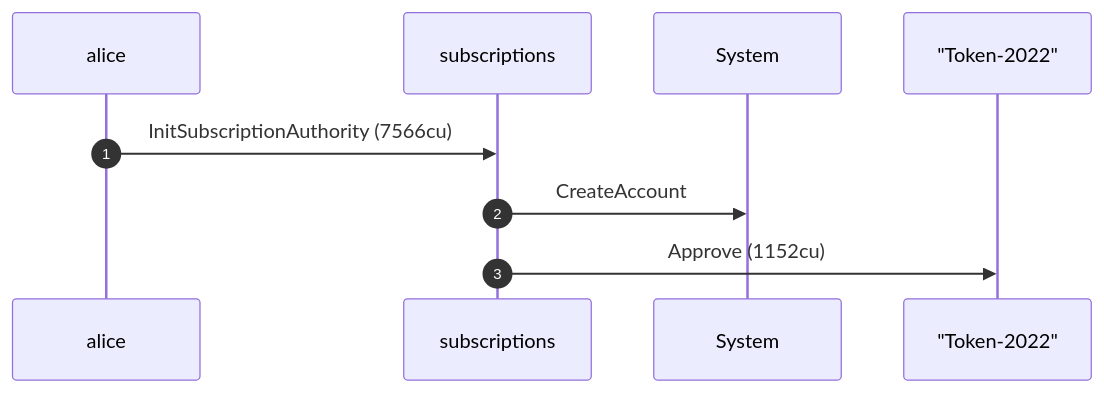
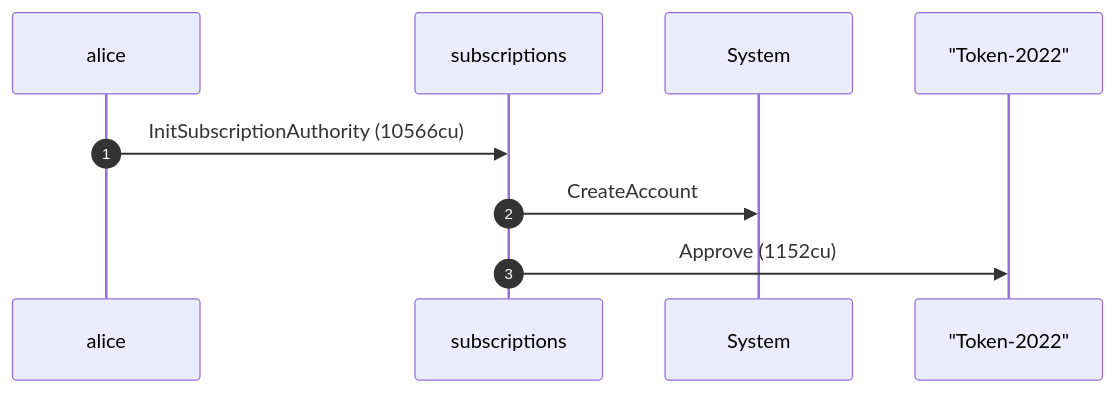
The first of 4 diagrams in dsl_tests/initialize-over-a-token-2022-mint---nontransferable--.md (cds-rs/subscriptions), drawn with Mermaid before and after one commit. The commit also changed other lines of this file and 224 other files, not shown here.

````diff
--- a/dsl_tests/initialize-over-a-token-2022-mint---nontransferable--.md
+++ b/dsl_tests/initialize-over-a-token-2022-mint---nontransferable--.md
@@ -24,11 +25,11 @@
 ```mermaid
 sequenceDiagram
     autonumber
     participant alice
     participant subscriptions
     participant System
     participant Token_2022 as "Token-2022"
-    alice ->> subscriptions: InitSubscriptionAuthority (7566cu)
+    alice ->> subscriptions: InitSubscriptionAuthority (10566cu)
     subscriptions ->> System: CreateAccount
     subscriptions ->> Token_2022: Approve (1152cu)
 ```
````
